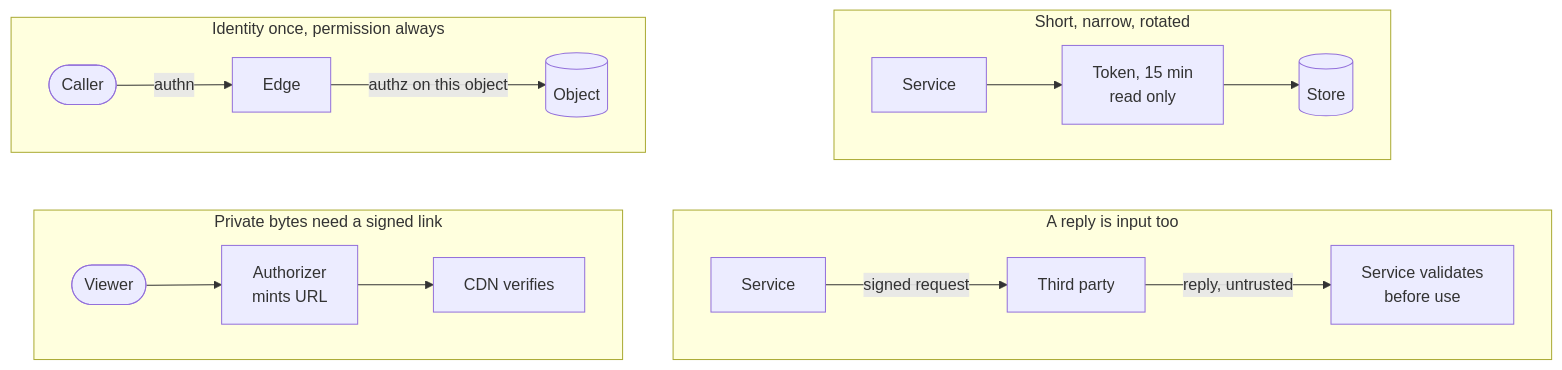
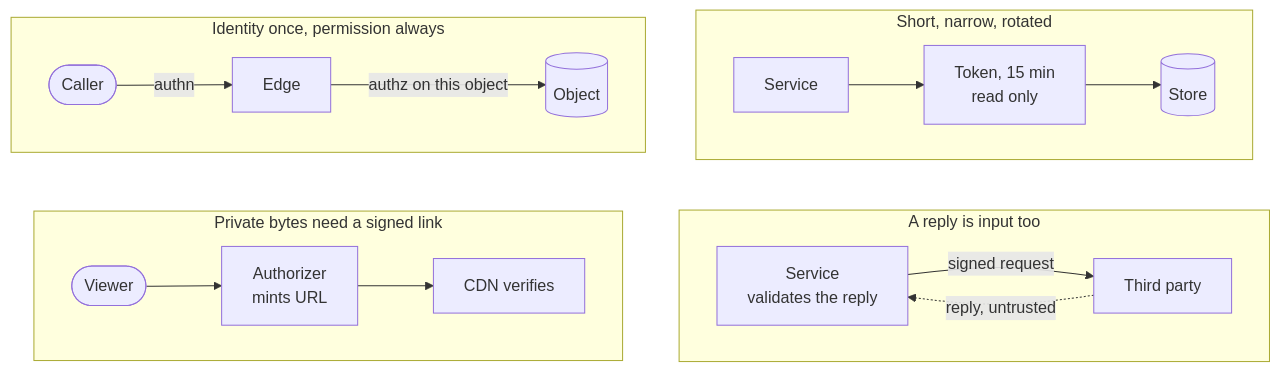
One commit to Laticent/lattice changed diagram 14 of 19 in examples/system-design-foundations.md. Above: the diagram before and after it, drawn with Mermaid. The commit also changed other lines of this file and 1 other file, not shown here.

````diff
--- a/examples/system-design-foundations.md
+++ b/examples/system-design-foundations.md
@@ -1714,21 +1714,22 @@
 ```mermaid
 flowchart TB
   subgraph b["Short, narrow, rotated"]
     direction LR
     B1["Service"] --> B2["Token, 15 min<br/>read only"] --> B3[("Store")]
   end
   subgraph a["Identity once, permission always"]
     direction LR
     A1(["Caller"]) -->|"authn"| A2["Edge"] -->|"authz on this object"| A3[("Object")]
   end
   subgraph d["A reply is input too"]
     direction LR
-    D1["Service"] -->|"signed request"| D2["Third party"] -->|"reply, untrusted"| D3["Service validates<br/>before use"]
+    D1["Service<br/>validates the reply"] -->|"signed request"| D2["Third party"]
+    D2 -.->|"reply, untrusted"| D1
   end
   subgraph c["Private bytes need a signed link"]
     direction LR
     C1(["Viewer"]) --> C2["Authorizer<br/>mints URL"] --> C3["CDN verifies"]
   end
   a ~~~ c
   b ~~~ d
 ```
````
